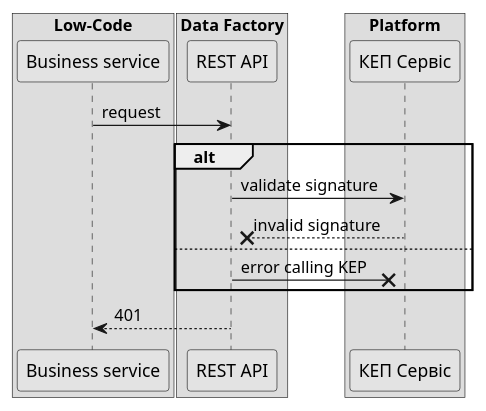
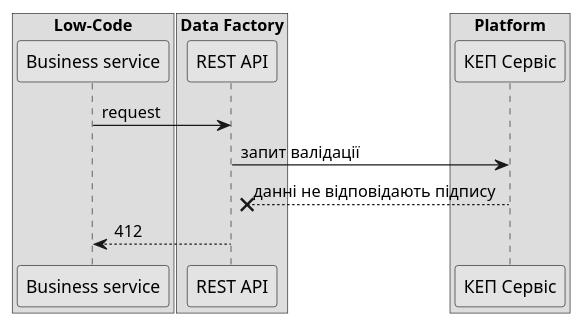
One commit to epam/edp-ddm-architecture changed the fifth of 13 diagrams in modules/ROOT/pages/datafactory/system-errors.adoc. Above: the diagram before and after it, drawn with PlantUML. The commit also changed other lines of this file, not shown here.

Commit message:
[MDTUDDM-2227] High level error structure added

```diff
--- a/modules/ROOT/pages/datafactory/system-errors.adoc
+++ b/modules/ROOT/pages/datafactory/system-errors.adoc
@@ -128,27 +183,23 @@
 [plantuml]
 ----
 @startuml
 skinparam monochrome true
 
 box "Low-Code" 
 participant "Business service" as low
 end box
 
 box "Data Factory"
     participant "REST API" as rest
 end box
 
 box "Platform"
 participant "КЕП Сервіс" as kep
 end box
 
 low -> rest: request
-alt 
-rest -> kep: validate signature
-kep --X rest: invalid signature
-else 
-rest -X kep: error calling KEP
-end
-rest --> low : 401
+rest -> kep: запит валідації
+kep --X rest: данні не відповідають підпису
+rest --> low : 412
 @enduml
 ----
```
